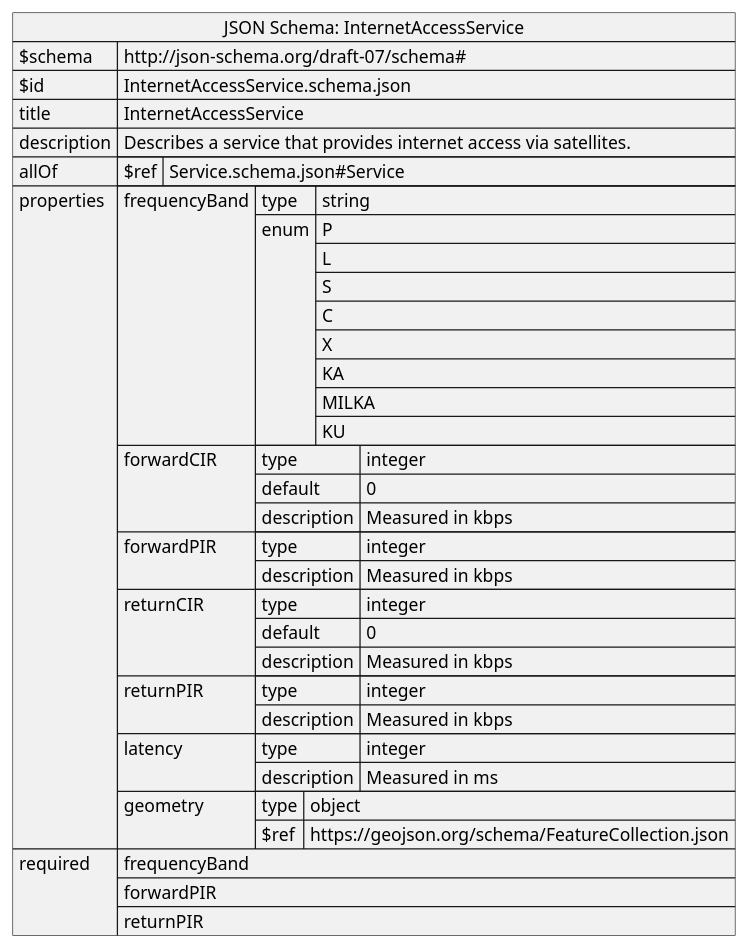
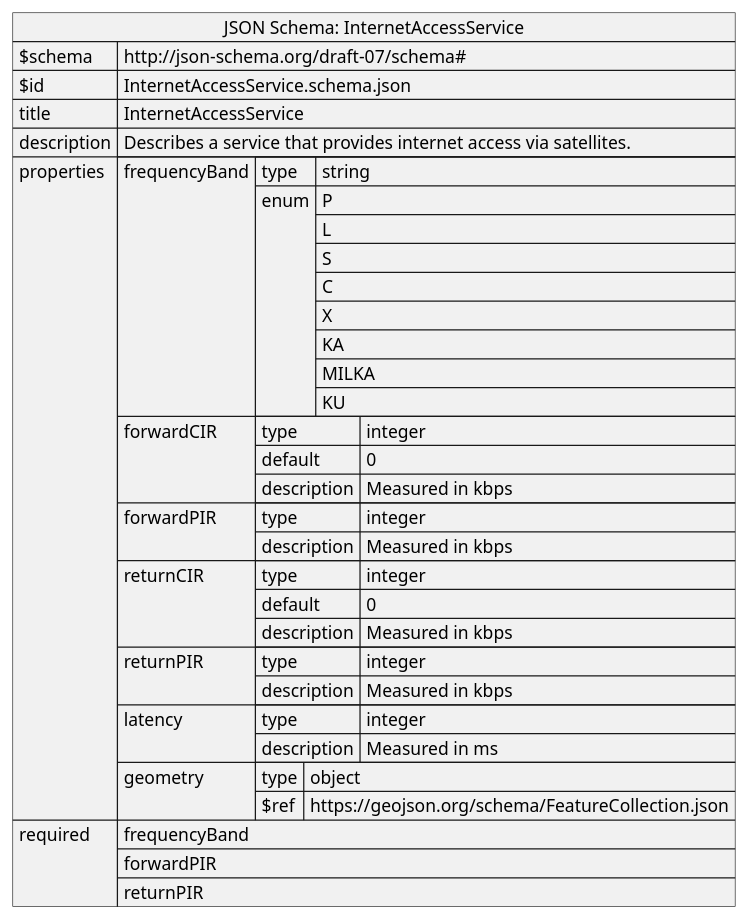
Diagram 11 of 12 in doc/PSI/PSI-ICD/characteristics.md (psi-consortium/psi), drawn with PlantUML before and after one commit. The commit also changed other lines of this file and 1093 other files, not shown here.

````diff
--- a/doc/PSI/PSI-ICD/characteristics.md
+++ b/doc/PSI/PSI-ICD/characteristics.md
@@ -527,44 +526,44 @@
 ```plantuml
 @startuml
+' This diagram is still in JSON, because PlantUML can not render YAML
 json "JSON Schema: InternetAccessService" as prodSchema {
     "$schema": "http://json-schema.org/draft-07/schema#",
     "$id": "InternetAccessService.schema.json",
     "title": "InternetAccessService",
     "description": "Describes a service that provides internet access via satellites.",
-    "allOf": [{ "$ref": "Service.schema.json#Service" }],
     "properties": {
         "frequencyBand": {
             "type": "string",
             "enum": ["P", "L", "S", "C", "X", "KA", "MILKA", "KU"]
         },
         "forwardCIR": {
             "type": "integer",
             "default": 0,
             "description": "Measured in kbps"
         },
         "forwardPIR": {
             "type": "integer",
             "description": "Measured in kbps"
         },
         "returnCIR": {
             "type": "integer",
             "default": 0,
             "description": "Measured in kbps"
         },
         "returnPIR": {
             "type": "integer",
             "description": "Measured in kbps"
         },
         "latency": {
             "type": "integer",
             "description": "Measured in ms"
         },
         "geometry": {
             "type": "object",
             "$ref": "https://geojson.org/schema/FeatureCollection.json"
         }
     },
     "required": ["frequencyBand", "forwardPIR", "returnPIR"]
 }
 @enduml
 ```
````
